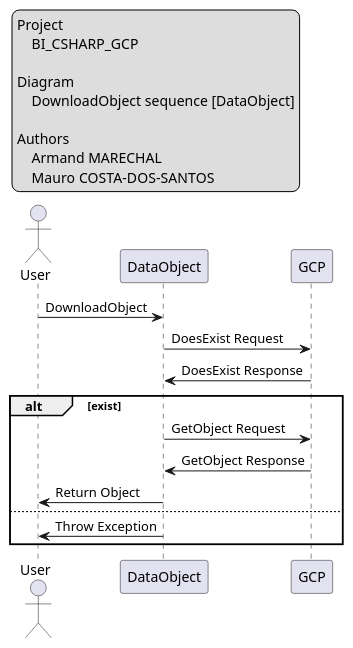
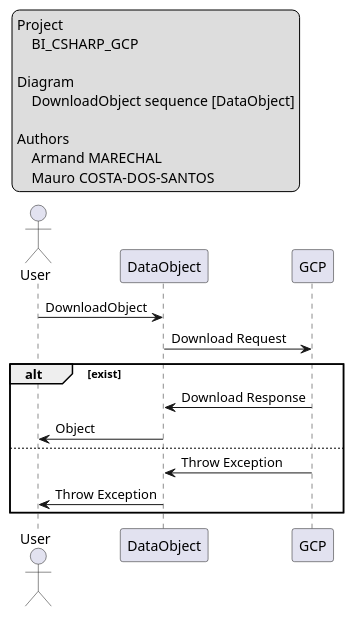
Before and after one commit to CPNV-ES-BI/BI_CSHARP_GCP: the diagram in doc/sequences/download.puml, drawn with PlantUML.

Commit message:
Update Download sequence according to review

```diff
--- a/doc/sequences/download.puml
+++ b/doc/sequences/download.puml
@@ -1,32 +1,31 @@
-@startuml DataObject_Create
+@startuml DownloadObject
 
 legend top left
     Project
         BI_CSHARP_GCP
 
     Diagram
         DownloadObject sequence [DataObject]
 
     Authors
         Armand MARECHAL
         Mauro COSTA-DOS-SANTOS 
 endlegend
 
 actor User
 
 participant "DataObject" as App
 participant "GCP" as GCP
 
 User -> App: DownloadObject
-App -> GCP: DoesExist Request
-GCP -> App: DoesExist Response
+App -> GCP: Download Request
 
 alt exist
-    App -> GCP: GetObject Request
-    GCP -> App: GetObject Response
-    App -> User: Return Object
+    GCP -> App: Download Response
+    App -> User: Object
 else
+    GCP -> App: Throw Exception
     App -> User: Throw Exception
 end
 
 @enduml
```
